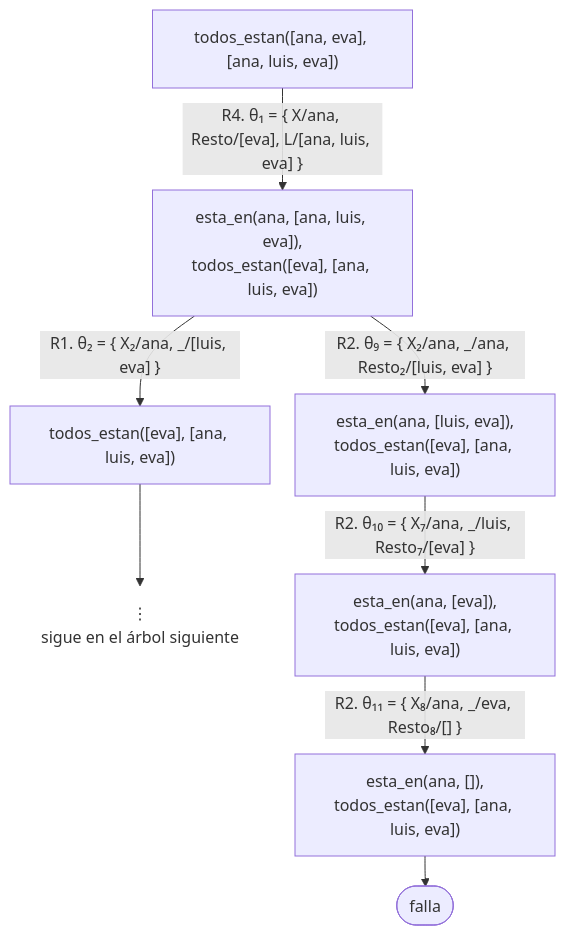
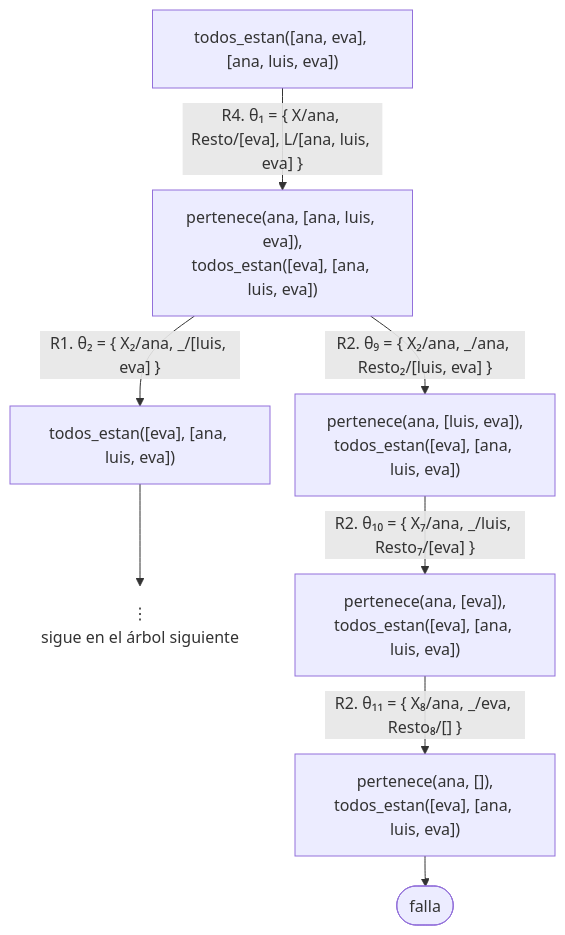
The third of 10 diagrams in docs/capitulo-07-listas/index.md (CesarBallardini/curso-de-prolog), drawn with Mermaid before and after one commit. The commit also changed other lines of this file and 3274 other files, not shown here.

````diff
--- a/docs/capitulo-07-listas/index.md
+++ b/docs/capitulo-07-listas/index.md
@@ -249,13 +249,13 @@
 ```mermaid
 %%{init: {"flowchart": {"rankSpacing": 30, "nodeSpacing": 25}}}%%
 flowchart TD
-    A["todos_estan([ana, eva], [ana, luis, eva])"] -- "R4. θ₁ = {&nbsp;X/ana, Resto/[eva], L/[ana, luis, eva]&nbsp;}" --> B["esta_en(ana, [ana, luis, eva]),<br/>todos_estan([eva], [ana, luis, eva])"]
+    A["todos_estan([ana, eva], [ana, luis, eva])"] -- "R4. θ₁ = {&nbsp;X/ana, Resto/[eva], L/[ana, luis, eva]&nbsp;}" --> B["pertenece(ana, [ana, luis, eva]),<br/>todos_estan([eva], [ana, luis, eva])"]
     B -- "R1. θ₂ = {&nbsp;X₂/ana, _/[luis, eva]&nbsp;}" --> C["todos_estan([eva], [ana, luis, eva])"]
-    B -- "R2. θ₉ = {&nbsp;X₂/ana, _/ana, Resto₂/[luis, eva]&nbsp;}" --> P["esta_en(ana, [luis, eva]),<br/>todos_estan([eva], [ana, luis, eva])"]
+    B -- "R2. θ₉ = {&nbsp;X₂/ana, _/ana, Resto₂/[luis, eva]&nbsp;}" --> P["pertenece(ana, [luis, eva]),<br/>todos_estan([eva], [ana, luis, eva])"]
     C --> V["⋮<br/>sigue en el árbol siguiente"]
-    P -- "R2. θ₁₀ = {&nbsp;X₇/ana, _/luis, Resto₇/[eva]&nbsp;}" --> Q["esta_en(ana, [eva]),<br/>todos_estan([eva], [ana, luis, eva])"]
-    Q -- "R2. θ₁₁ = {&nbsp;X₈/ana, _/eva, Resto₈/[]&nbsp;}" --> R["esta_en(ana, []),<br/>todos_estan([eva], [ana, luis, eva])"]
+    P -- "R2. θ₁₀ = {&nbsp;X₇/ana, _/luis, Resto₇/[eva]&nbsp;}" --> Q["pertenece(ana, [eva]),<br/>todos_estan([eva], [ana, luis, eva])"]
+    Q -- "R2. θ₁₁ = {&nbsp;X₈/ana, _/eva, Resto₈/[]&nbsp;}" --> R["pertenece(ana, []),<br/>todos_estan([eva], [ana, luis, eva])"]
     R --> F2(["falla"])
     classDef abierto fill:none,stroke:none;
     class V abierto;
 ```
````
